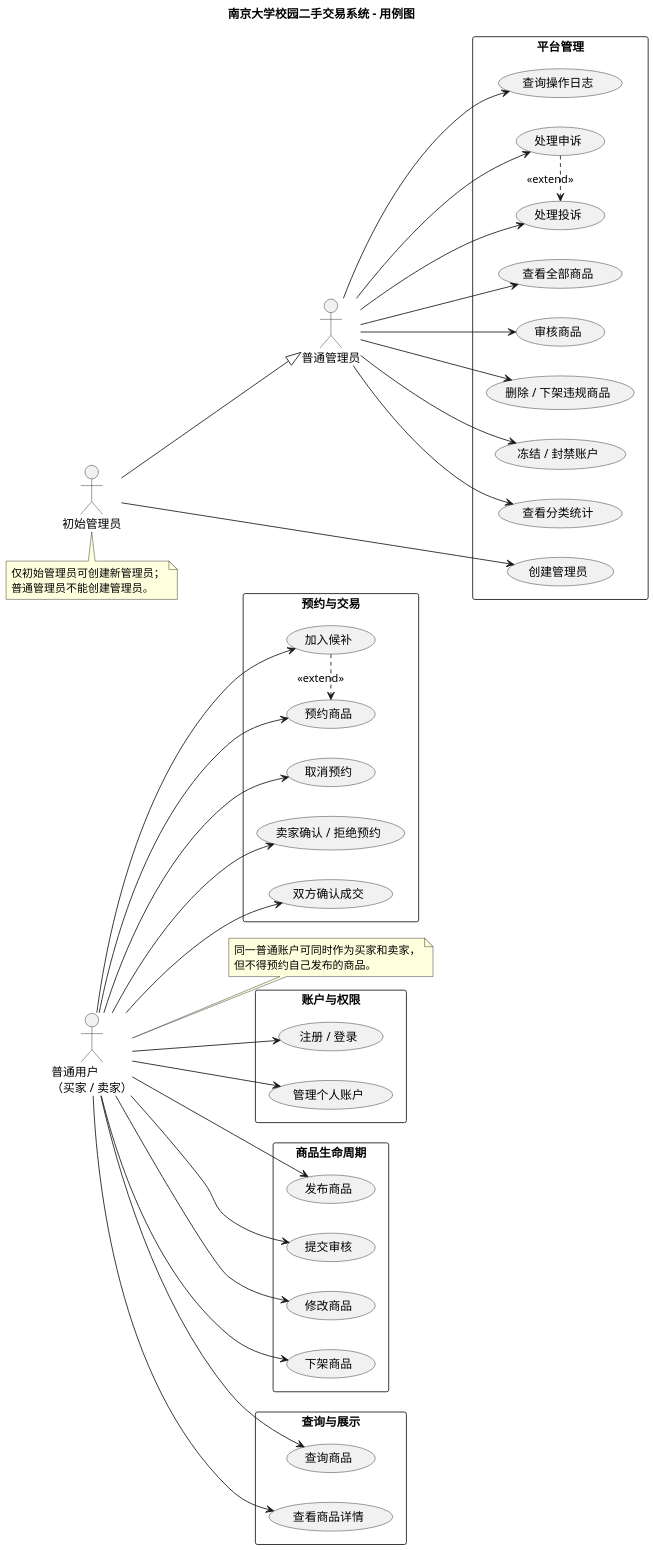
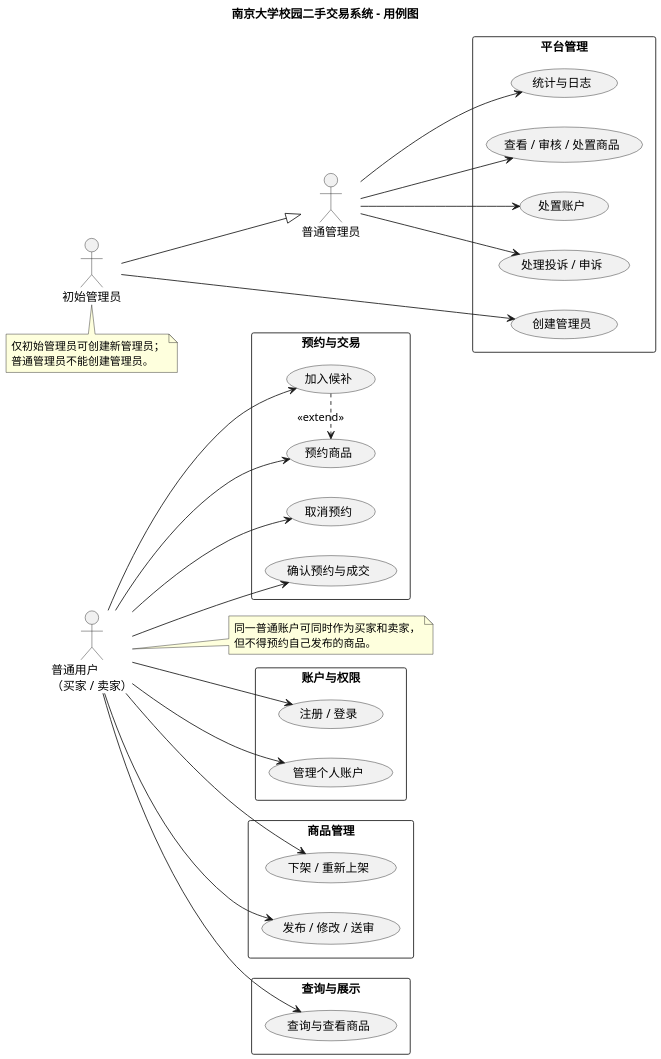
One commit to 235826/secondhand-marketplace changed the diagram in lab2/UML/UML用例图.puml. Above: the diagram before and after it, drawn with PlantUML. The commit also changed 6 other files, not shown here.

Commit message:
lab2: improve diagram readability and compact use case model

```diff
--- a/lab2/UML/UML用例图.puml
+++ b/lab2/UML/UML用例图.puml
@@ -1,91 +1,74 @@
 @startuml UML用例图
 skinparam defaultFontName "PingFang SC"
 skinparam dpi 150
 left to right direction
 title 南京大学校园二手交易系统 - 用例图
 
 actor "普通用户\n（买家 / 卖家）" as User
 actor "普通管理员" as Admin
 actor "初始管理员" as InitialAdmin
 
 rectangle "账户与权限" {
   usecase "注册 / 登录" as UC01
   usecase "管理个人账户" as UC02
 }
 
-rectangle "商品生命周期" {
-  usecase "发布商品" as UC03
-  usecase "提交审核" as UC04
-  usecase "修改商品" as UC05
-  usecase "下架商品" as UC06
+rectangle "商品管理" {
+  usecase "发布 / 修改 / 送审" as UC03
+  usecase "下架 / 重新上架" as UC04
 }
 
 rectangle "查询与展示" {
-  usecase "查询商品" as UC07
-  usecase "查看商品详情" as UC08
+  usecase "查询与查看商品" as UC05
 }
 
 rectangle "预约与交易" {
-  usecase "预约商品" as UC09
-  usecase "加入候补" as UC10
-  usecase "取消预约" as UC11
-  usecase "卖家确认 / 拒绝预约" as UC12
-  usecase "双方确认成交" as UC13
+  usecase "预约商品" as UC06
+  usecase "加入候补" as UC07
+  usecase "取消预约" as UC08
+  usecase "确认预约与成交" as UC09
 }
 
 rectangle "平台管理" {
-  usecase "查看全部商品" as UC22
-  usecase "审核商品" as UC14
-  usecase "删除 / 下架违规商品" as UC15
-  usecase "冻结 / 封禁账户" as UC16
-  usecase "处理投诉" as UC17
-  usecase "处理申诉" as UC18
-  usecase "查看分类统计" as UC19
-  usecase "查询操作日志" as UC20
-  usecase "创建管理员" as UC21
+  usecase "查看 / 审核 / 处置商品" as UC10
+  usecase "处置账户" as UC11
+  usecase "处理投诉 / 申诉" as UC12
+  usecase "统计与日志" as UC13
+  usecase "创建管理员" as UC14
 }
 
 ' 普通用户
 User --> UC01
 User --> UC02
 User --> UC03
 User --> UC04
 User --> UC05
 User --> UC06
 User --> UC07
 User --> UC08
 User --> UC09
-User --> UC10
-User --> UC11
-User --> UC12
-User --> UC13
 
 ' 管理员
-Admin --> UC22
-Admin --> UC14
-Admin --> UC15
-Admin --> UC16
-Admin --> UC17
-Admin --> UC18
-Admin --> UC19
-Admin --> UC20
+Admin --> UC10
+Admin --> UC11
+Admin --> UC12
+Admin --> UC13
 
 ' 初始管理员继承普通管理员权限，并独有创建管理员权限
 InitialAdmin --|> Admin
-InitialAdmin --> UC21
+InitialAdmin --> UC14
 
 ' 用例关系
-UC10 .> UC09 : <<extend>>
-UC18 .> UC17 : <<extend>>
+UC07 .> UC06 : <<extend>>
 
 note right of User
   同一普通账户可同时作为买家和卖家，
   但不得预约自己发布的商品。
 end note
 
 note bottom of InitialAdmin
   仅初始管理员可创建新管理员；
   普通管理员不能创建管理员。
 end note
 
 @enduml
```
